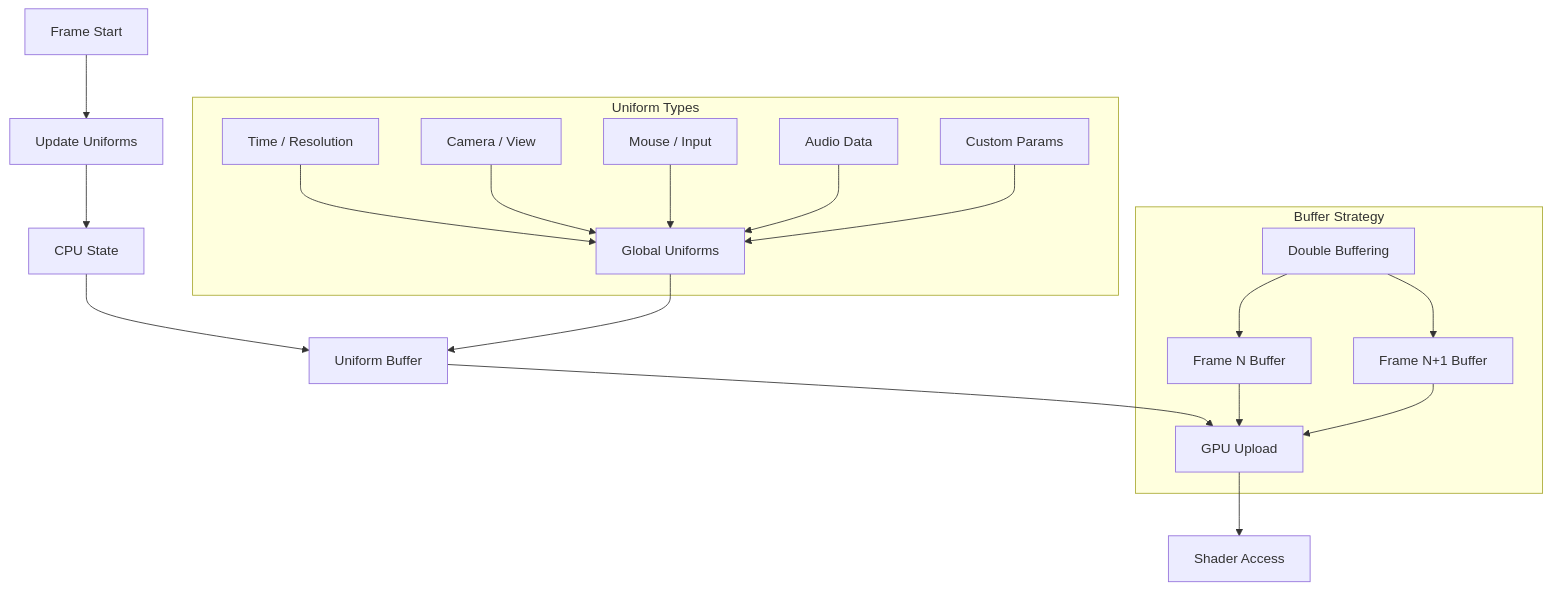
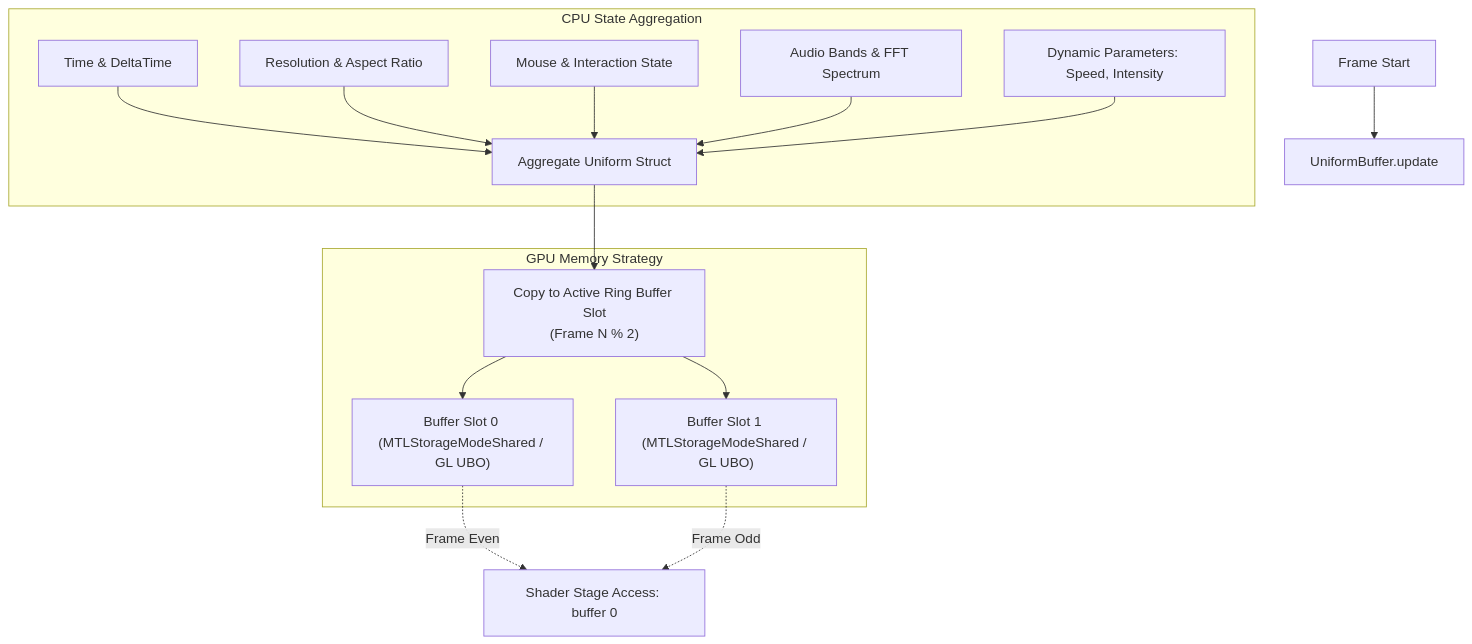
The ninth of 11 diagrams in docs/ArchitectureDiagrams.md (23skdu/ShaderCandy), drawn with Mermaid before and after one commit. The commit also changed other lines of this file and 32 other files, not shown here.

````diff
--- a/docs/ArchitectureDiagrams.md
+++ b/docs/ArchitectureDiagrams.md
@@ -155,25 +252,22 @@
 ```mermaid
 flowchart TD
-    A[Frame Start] --> B[Update Uniforms]
-    B --> C[CPU State]
-    C --> D[Uniform Buffer]
-    D --> E[GPU Upload]
-    E --> F[Shader Access]
+    A[Frame Start] --> B[UniformBuffer.update]
 
-    subgraph "Buffer Strategy"
-        G[Double Buffering] --> H[Frame N Buffer]
-        G --> I[Frame N+1 Buffer]
-        H --> E
-        I --> E
+    subgraph "CPU State Aggregation"
+        T[Time & DeltaTime] --> Agg[Aggregate Uniform Struct]
+        Res[Resolution & Aspect Ratio] --> Agg
+        M[Mouse & Interaction State] --> Agg
+        Acoustic[Audio Bands & FFT Spectrum] --> Agg
+        OSD[Dynamic Parameters: Speed, Intensity] --> Agg
     end
 
-    subgraph "Uniform Types"
-        J[Time / Resolution] --> K[Global Uniforms]
-        L[Camera / View] --> K
-        M[Mouse / Input] --> K
-        N[Audio Data] --> K
-        O[Custom Params] --> K
+    Agg --> C["Copy to Active Ring Buffer Slot\n(Frame N % 2)"]
+
+    subgraph "GPU Memory Strategy"
+        C --> B0["Buffer Slot 0 (MTLStorageModeShared / GL UBO)"]
+        C --> B1["Buffer Slot 1 (MTLStorageModeShared / GL UBO)"]
     end
 
-    K --> D
+    B0 -.->|Frame Even| GPU[Shader Stage Access: buffer 0]
+    B1 -.->|Frame Odd| GPU
 ```
````
